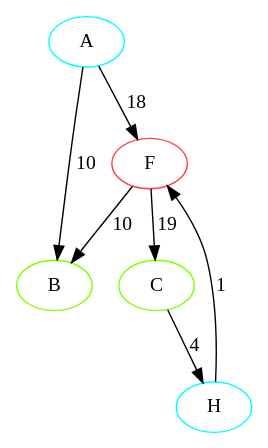
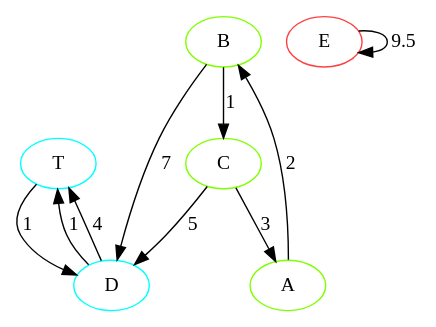
The diagram in lab4-sem3/graph.dot (LerdPixel/mephi_labs), drawn with Graphviz before and after one commit. The commit also changed 8 other files, not shown here.

```diff
--- a/lab4-sem3/graph.dot
+++ b/lab4-sem3/graph.dot
@@ -1,13 +1,17 @@
 digraph {
-A [color=aqua]
+T [color=aqua]
+A [color=chartreuse]
 B [color=chartreuse]
-F [color=brown1]
-H [color=aqua]
+E [color=brown1]
+D [color=aqua]
 C [color=chartreuse]
-A -> B[label="10"]
-A -> F[label="18"]
-F -> C[label="19"]
-F -> B[label="10"]
-H -> F[label="1"]
-C -> H[label="4"]
+T -> D[label="1"]
+A -> B[label="2"]
+B -> C[label="1"]
+B -> D[label="7"]
+E -> E[label="9.5"]
+D -> T[label="1"]
+D -> T[label="4"]
+C -> A[label="3"]
+C -> D[label="5"]
 }
```
